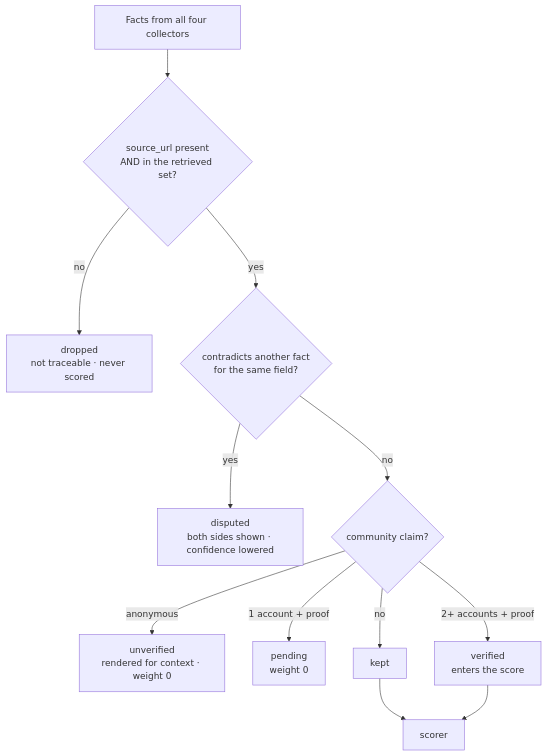
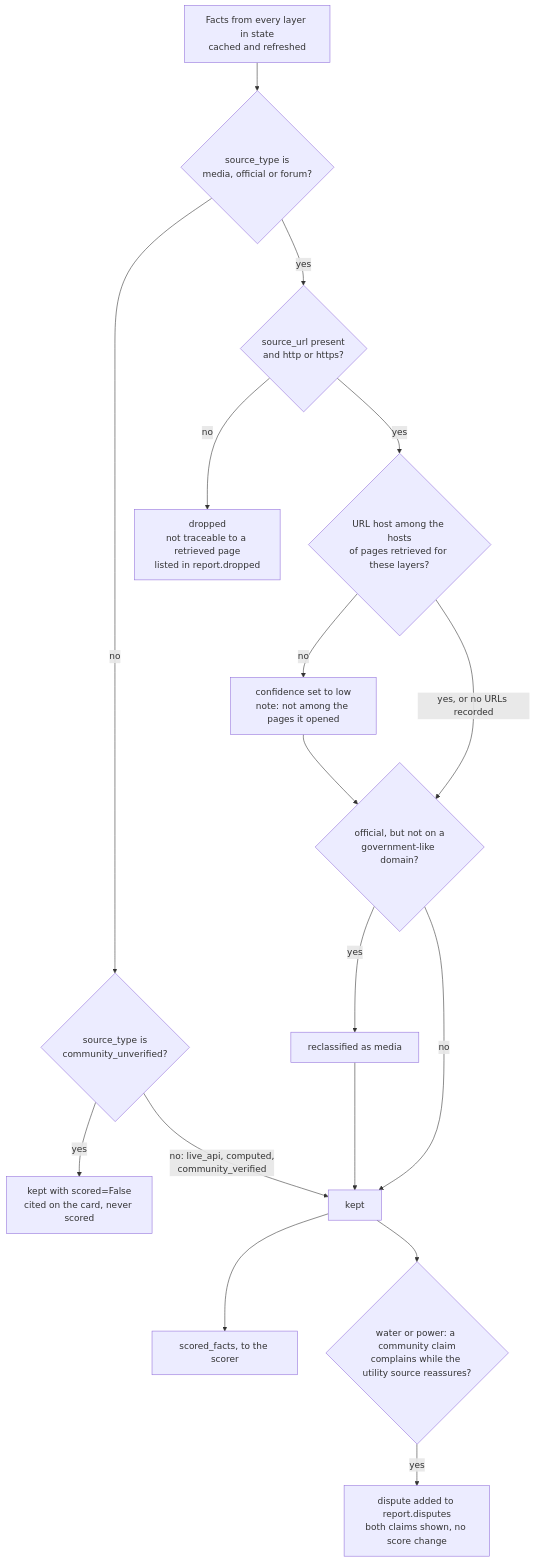
Before and after one commit to Pranay0083/LocalIQ: the diagram in project/diagrams/trust-pipeline.mmd, drawn with Mermaid. The commit also changed 79 other files, not shown here.

First line of the commit message:
Rewrite project docs, diagrams and screenshots against the code

```diff
--- a/project/diagrams/trust-pipeline.mmd
+++ b/project/diagrams/trust-pipeline.mmd
@@ -1,11 +1,17 @@
 flowchart TB
-    F["Facts from all four collectors"] --> C1{"source_url present<br/>AND in the retrieved set?"}
-    C1 -->|no| D["dropped<br/>not traceable · never scored"]
-    C1 -->|yes| C2{"contradicts another fact<br/>for the same field?"}
-    C2 -->|yes| DIS["disputed<br/>both sides shown · confidence lowered"]
-    C2 -->|no| C3{"community claim?"}
-    C3 -->|anonymous| U["unverified<br/>rendered for context · weight 0"]
-    C3 -->|"1 account + proof"| P["pending<br/>weight 0"]
-    C3 -->|"2+ accounts + proof"| VF["verified<br/>enters the score"]
-    C3 -->|no| K["kept"]
-    K & VF --> SC["scorer"]
+    F["Facts from every layer in state<br/>cached and refreshed"] --> T{"source_type is<br/>media, official or forum?"}
+    T -->|"no"| C{"source_type is<br/>community_unverified?"}
+    C -->|"yes"| NS["kept with scored=False<br/>cited on the card, never scored"]
+    C -->|"no: live_api, computed,<br/>community_verified"| K["kept"]
+    T -->|"yes"| U{"source_url present<br/>and http or https?"}
+    U -->|"no"| D["dropped<br/>not traceable to a retrieved page<br/>listed in report.dropped"]
+    U -->|"yes"| H{"URL host among the hosts<br/>of pages retrieved for these layers?"}
+    H -->|"no"| LOW["confidence set to low<br/>note: not among the pages it opened"]
+    H -->|"yes, or no URLs recorded"| G{"official, but not on a<br/>government-like domain?"}
+    LOW --> G
+    G -->|"yes"| RE["reclassified as media"]
+    G -->|"no"| K
+    RE --> K
+    K --> SC["scored_facts, to the scorer"]
+    K --> DS{"water or power: a community claim<br/>complains while the utility source reassures?"}
+    DS -->|"yes"| DIS["dispute added to report.disputes<br/>both claims shown, no score change"]
```
